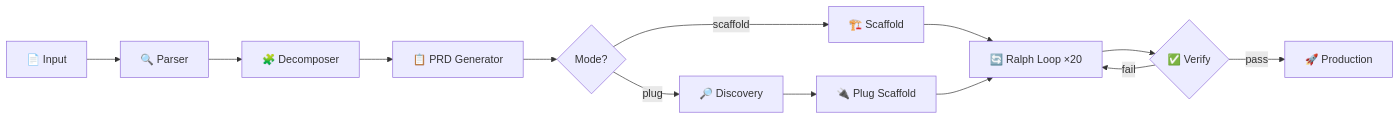
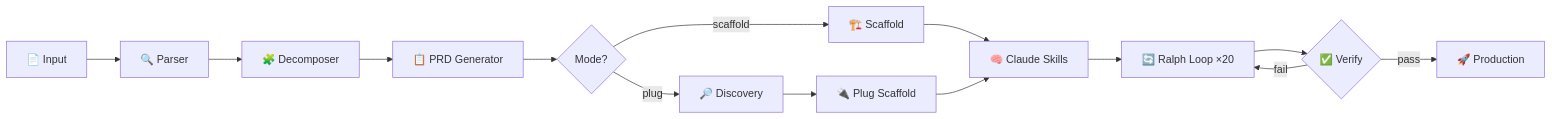
One commit to bhakthan/ignitionstack changed the diagram in README.md. Above: the diagram before and after it, drawn with Mermaid. The commit also changed other lines of this file and 12 other files, not shown here.

First line of the commit message:
feat: add Claude Skills generation (Anthropic spec)

````diff
--- a/README.md
+++ b/README.md
@@ -370,15 +378,16 @@
 ```mermaid
 flowchart LR
     A[📄 Input] --> B[🔍 Parser]
     B --> C[🧩 Decomposer]
     C --> D[📋 PRD Generator]
     D --> M{Mode?}
     M -->|scaffold| E[🏗️ Scaffold]
     M -->|plug| P[🔎 Discovery]
     P --> Q[🔌 Plug Scaffold]
-    E --> F[🔄 Ralph Loop ×20]
-    Q --> F
+    E --> S[🧠 Claude Skills]
+    Q --> S
+    S --> F[🔄 Ralph Loop ×20]
     F --> G{✅ Verify}
     G -->|pass| H[🚀 Production]
     G -->|fail| F
 ```
````
